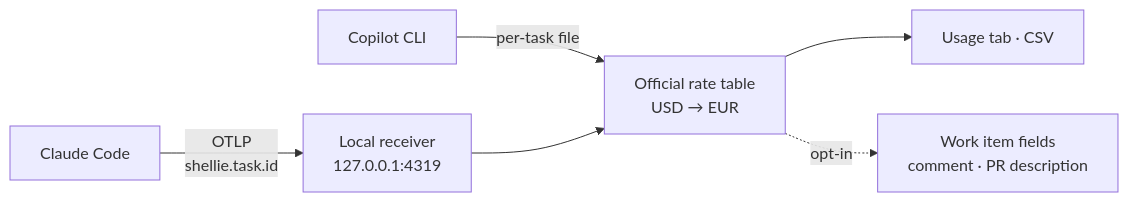
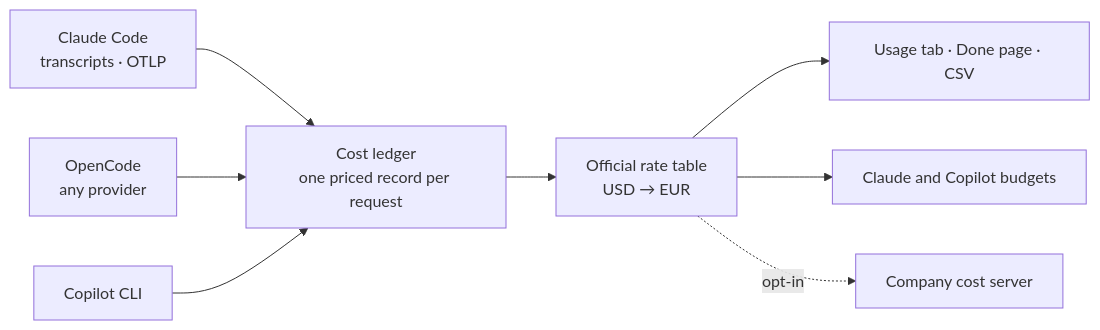
The second of 2 diagrams in README.md (UnreliableWitness/Shellie), drawn with Mermaid before and after one commit. The commit also changed other lines of this file and 14 other files, not shown here.

First line of the commit message:
README: brain, projects, cost ledger and fresh screenshots (#286)

````diff
--- a/README.md
+++ b/README.md
@@ -216,8 +328,10 @@
 ```mermaid
 flowchart LR
-    CC["Claude Code"] -- "OTLP<br/>shellie.task.id" --> R["Local receiver<br/>127.0.0.1:4319"]
-    CP["Copilot CLI"] -- "per-task file" --> P
-    R --> P["Official rate table<br/>USD → EUR"]
-    P --> U["Usage tab · CSV"]
-    P -. "opt-in" .-> W["Work item fields<br/>comment · PR description"]
+    CC["Claude Code<br/>transcripts · OTLP"] --> L["Cost ledger<br/>one priced record per request"]
+    OC["OpenCode<br/>any provider"] --> L
+    CP["Copilot CLI"] --> L
+    L --> P["Official rate table<br/>USD → EUR"]
+    P --> U["Usage tab · Done page · CSV"]
+    P --> B["Claude and Copilot budgets"]
+    P -. "opt-in" .-> S["Company cost server"]
 ```
````
